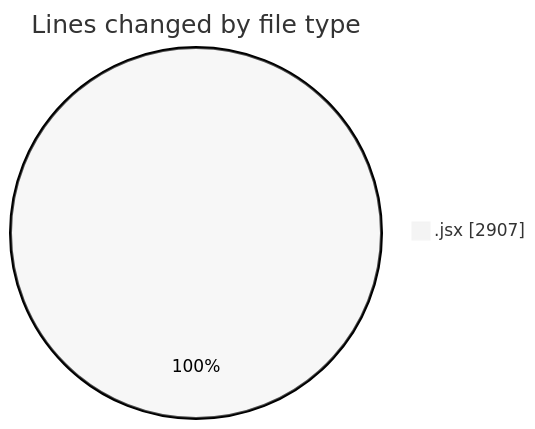
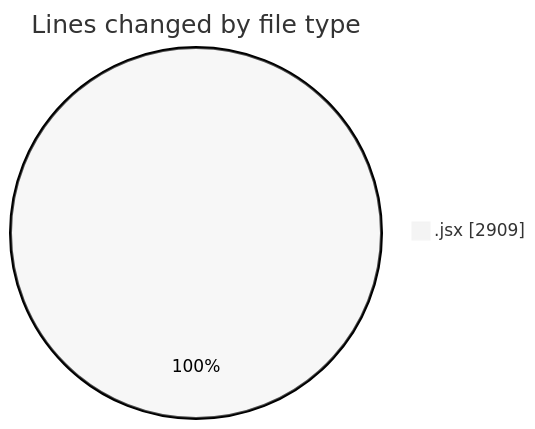
Before and after one commit to nxtqubesakshisongat/code-tracking: the first of 2 diagrams in 2025-06-02/nxtqube_webapp/README.md, drawn with Mermaid (neutral theme). The commit also changed other lines of this file and 1 other file, not shown here.

````diff
--- a/2025-06-02/nxtqube_webapp/README.md
+++ b/2025-06-02/nxtqube_webapp/README.md
@@ -21,5 +21,5 @@
 ```mermaid
 pie showData
 title Lines changed by file type
-".jsx" : 2907
+".jsx" : 2909
 ```
````
